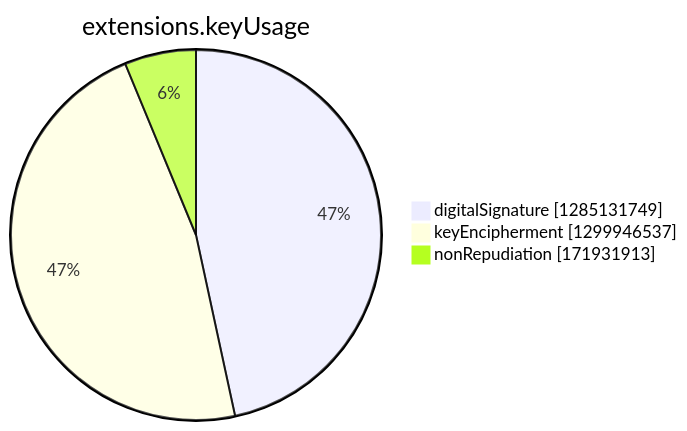
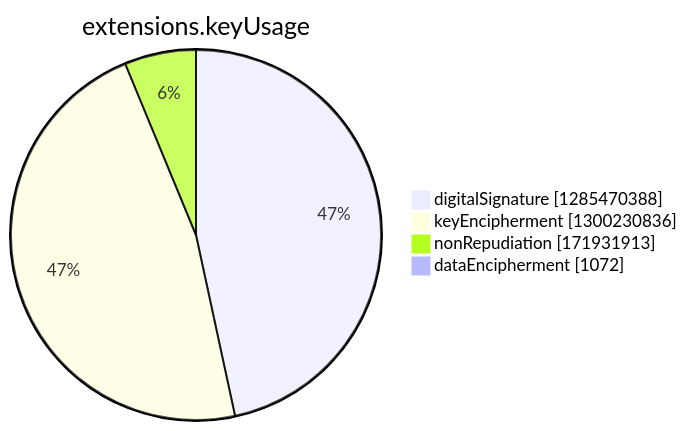
Before and after one commit to christiankrug/ctmonitor_visualization: the seventh of 15 diagrams in argon2022/README.md, drawn with Mermaid. The commit also changed other lines of this file, not shown here.

````diff
--- a/argon2022/README.md
+++ b/argon2022/README.md
@@ -2748,7 +2748,8 @@
 ```mermaid
 pie showData
 title extensions.keyUsage
-"digitalSignature" :1285131749
-"keyEncipherment" :1299946537
+"digitalSignature" :1285470388
+"keyEncipherment" :1300230836
 "nonRepudiation" :171931913
+"dataEncipherment" :1072
 ```
````
